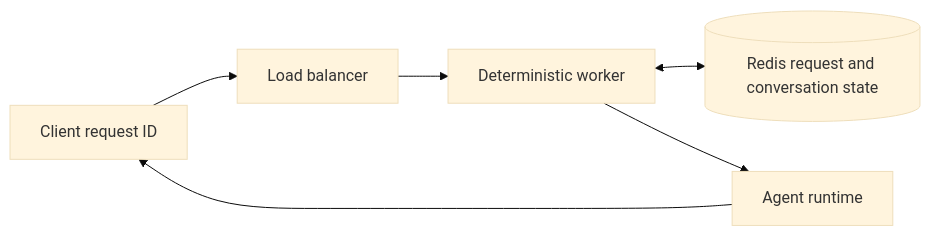
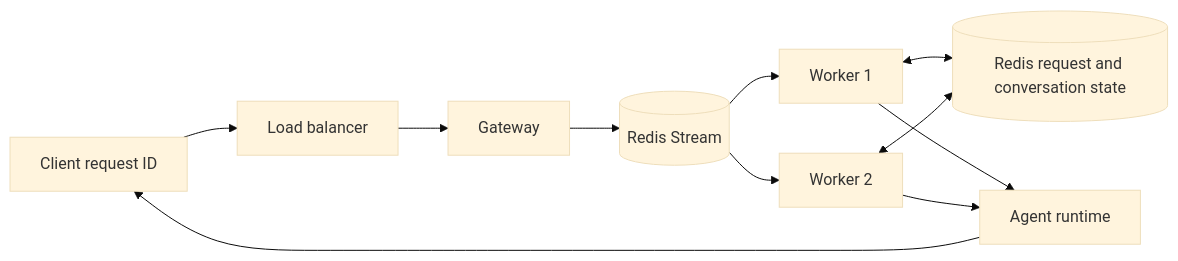
Before and after one commit to LucasRangelSSouza/distributed-agent-runtime-lab: the diagram in README.md, drawn with Mermaid (base theme). The commit also changed other lines of this file and 7 other files, not shown here.

Commit message:
feat: dispatch agent runs through redis streams

````diff
--- a/README.md
+++ b/README.md
@@ -5,8 +5,13 @@
 ```mermaid
 flowchart LR
     C[Client request ID] --> L[Load balancer]
-    L --> W[Deterministic worker]
-    W <--> R[(Redis request and conversation state)]
-    W --> A[Agent runtime]
+    L --> G[Gateway]
+    G --> S[(Redis Stream)]
+    S --> W1[Worker 1]
+    S --> W2[Worker 2]
+    W1 <--> R[(Redis request and conversation state)]
+    W2 <--> R
+    W1 --> A[Agent runtime]
+    W2 --> A
     A --> C
 ```
````
